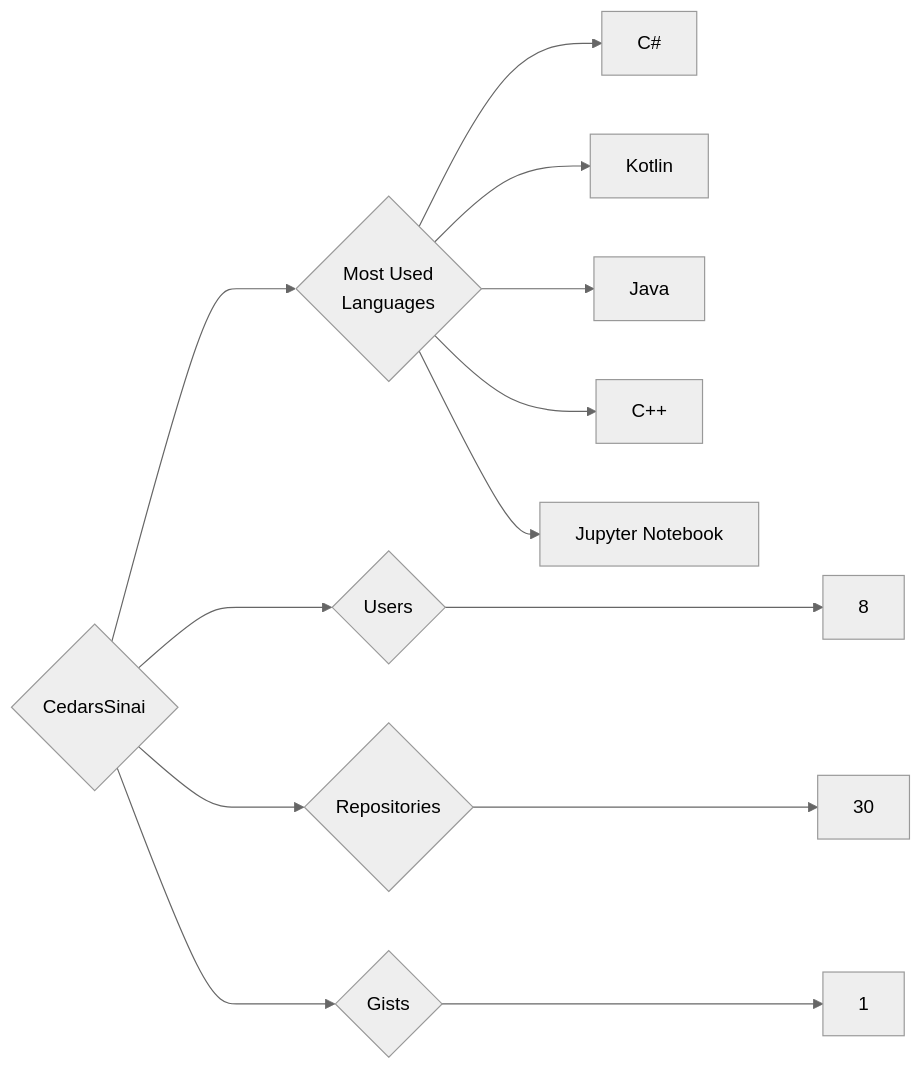
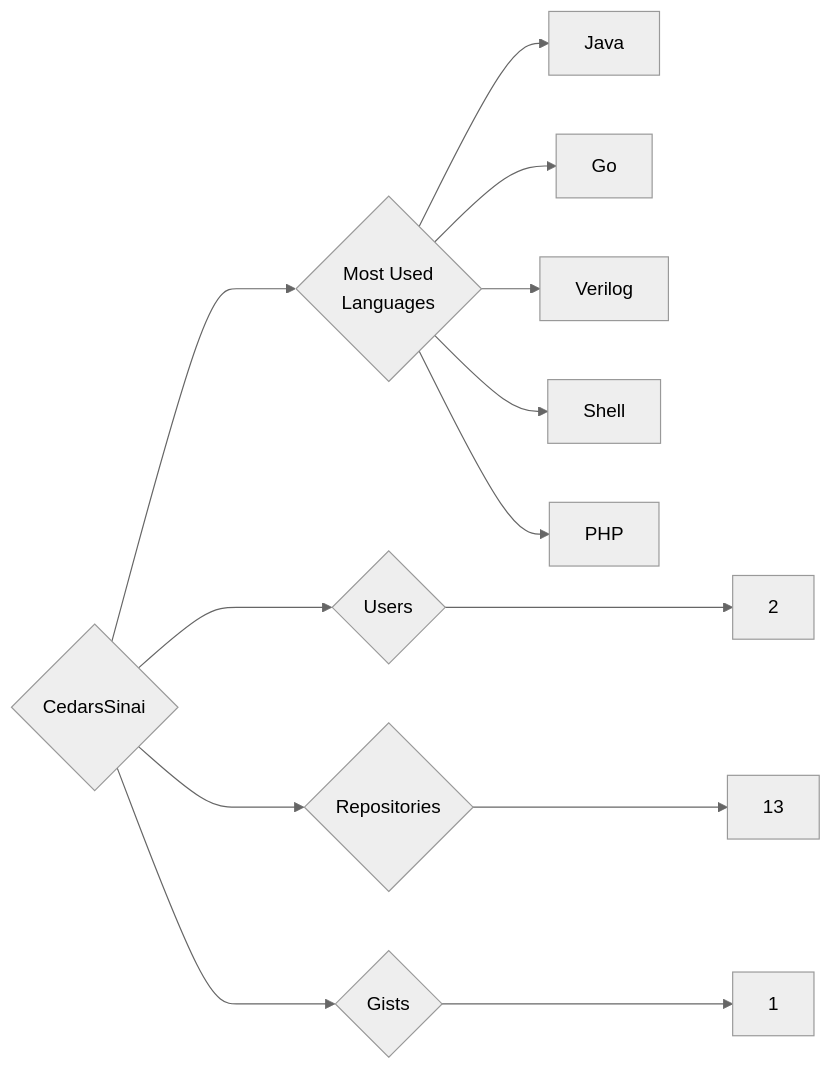
The diagram in targets/CedarsSinai/README.md (trickest/insiders), drawn with Mermaid (neutral theme) before and after one commit. The commit also changed 1003 other files, not shown here.

````diff
--- a/targets/CedarsSinai/README.md
+++ b/targets/CedarsSinai/README.md
@@ -3,13 +3,13 @@
 ```mermaid
 graph LR
 COMPANY_NAME{CedarsSinai}
-COMPANY_NAME ---> U{Users} ---> UN[8]
-COMPANY_NAME ---> R{Repositories} ---> RN[30]
+COMPANY_NAME ---> U{Users} ---> UN[2]
+COMPANY_NAME ---> R{Repositories} ---> RN[13]
 COMPANY_NAME ---> G{Gists} ---> GN[1]
 COMPANY_NAME ---> ML{Most Used<br>Languages}
-ML --> C#[C#]
-ML --> Kotlin[Kotlin]
 ML --> Java[Java]
-ML --> C++[C++]
-ML --> Jupyter_Notebook[Jupyter Notebook]
+ML --> Go[Go]
+ML --> Verilog[Verilog]
+ML --> Shell[Shell]
+ML --> PHP[PHP]
 ```
````
